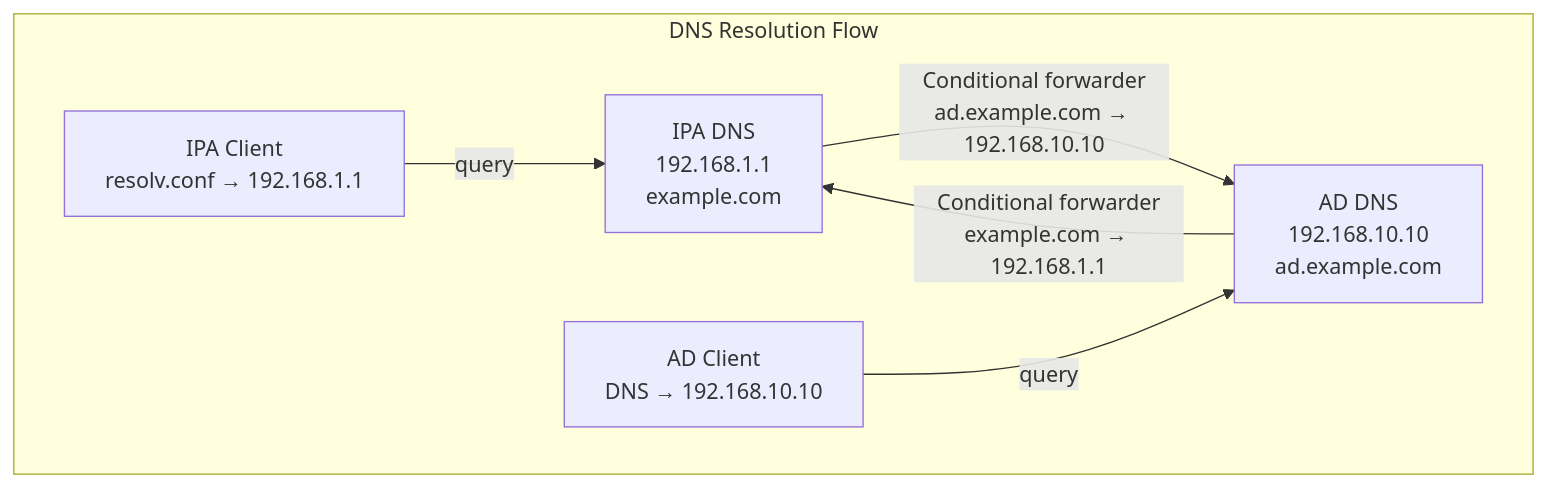
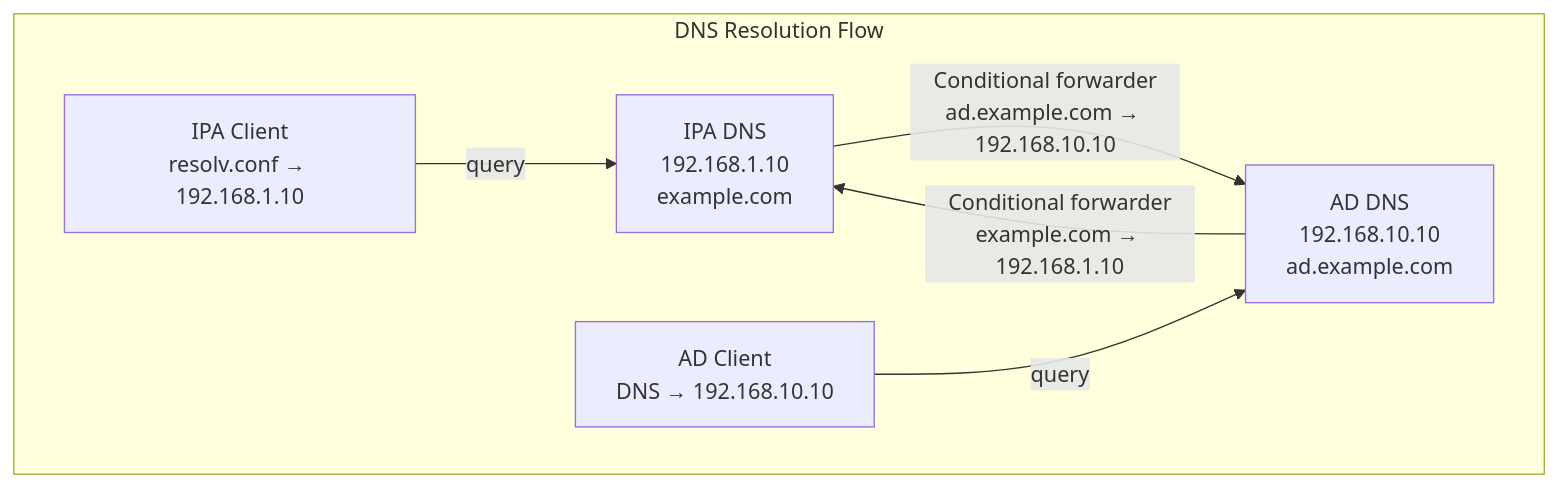
Before and after one commit to UncleJS/course_FreeIPA: the sixth of 15 diagrams in 11_ad_trust.md, drawn with Mermaid. The commit also changed other lines of this file and 24 other files, not shown here.

````diff
--- a/11_ad_trust.md
+++ b/11_ad_trust.md
@@ -317,16 +324,16 @@
 ```mermaid
 graph TD
     subgraph DNS Resolution Flow
-        IPA_DNS[IPA DNS<br/>192.168.1.1<br/>example.com]
+        IPA_DNS[IPA DNS<br/>192.168.1.10<br/>example.com]
         AD_DNS[AD DNS<br/>192.168.10.10<br/>ad.example.com]
 
         IPA_DNS -->|"Conditional forwarder<br/>ad.example.com → 192.168.10.10"| AD_DNS
-        AD_DNS -->|"Conditional forwarder<br/>example.com → 192.168.1.1"| IPA_DNS
+        AD_DNS -->|"Conditional forwarder<br/>example.com → 192.168.1.10"| IPA_DNS
 
-        IPA_CLIENT[IPA Client<br/>resolv.conf → 192.168.1.1]
+        IPA_CLIENT[IPA Client<br/>resolv.conf → 192.168.1.10]
         AD_CLIENT[AD Client<br/>DNS → 192.168.10.10]
 
         IPA_CLIENT -->|query| IPA_DNS
         AD_CLIENT -->|query| AD_DNS
     end
 ```
````
